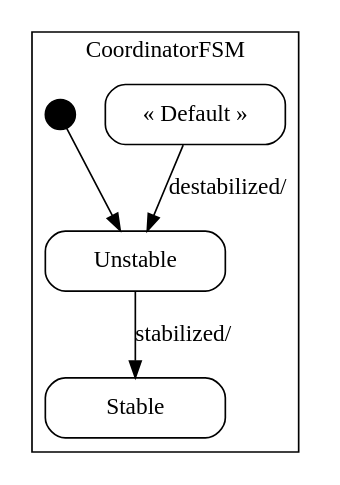
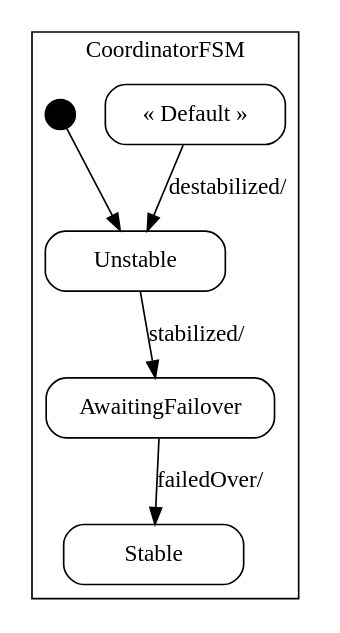
The diagram in producer/doc/Coordinator_sm.dot (vmehra-sfdc/Ouroboros), drawn with Graphviz before and after one commit. The commit also changed 10 other files, not shown here.

```diff
--- a/producer/doc/Coordinator_sm.dot
+++ b/producer/doc/Coordinator_sm.dot
@@ -1,52 +1,58 @@
 digraph Coordinator_sm {
 
     node
         [shape=Mrecord width=1.5];
 
     subgraph cluster_CoordinatorFSM {
 
         label="CoordinatorFSM";
 
         //
         // States (Nodes)
         //
 
         "CoordinatorFSM::Unstable"
             [label="{Unstable}"];
 
+        "CoordinatorFSM::AwaitingFailover"
+            [label="{AwaitingFailover}"];
+
         "CoordinatorFSM::Stable"
             [label="{Stable}"];
 
         "CoordinatorFSM::DefaultState"
             [label="{&laquo; Default &raquo;}"];
 
         "%start"
             [label="" shape=circle style=filled fillcolor=black width=0.25];
 
         //
         // Transitions (Edges)
         //
 
-        "CoordinatorFSM::Unstable" -> "CoordinatorFSM::Stable"
+        "CoordinatorFSM::Unstable" -> "CoordinatorFSM::AwaitingFailover"
             [label="stabilized/\l"];
+
+        "CoordinatorFSM::AwaitingFailover" -> "CoordinatorFSM::Stable"
+            [label="failedOver/\l"];
 
         "CoordinatorFSM::DefaultState" -> "CoordinatorFSM::Unstable"
             [label="destabilized/\l"];
 
         "%start" -> "CoordinatorFSM::Unstable"
     }
 
     subgraph cluster_ControllerFSM {
 
         label="ControllerFSM";
 
         //
         // States (Nodes)
         //
 
         //
         // Transitions (Edges)
         //
     }
 
 }
```
